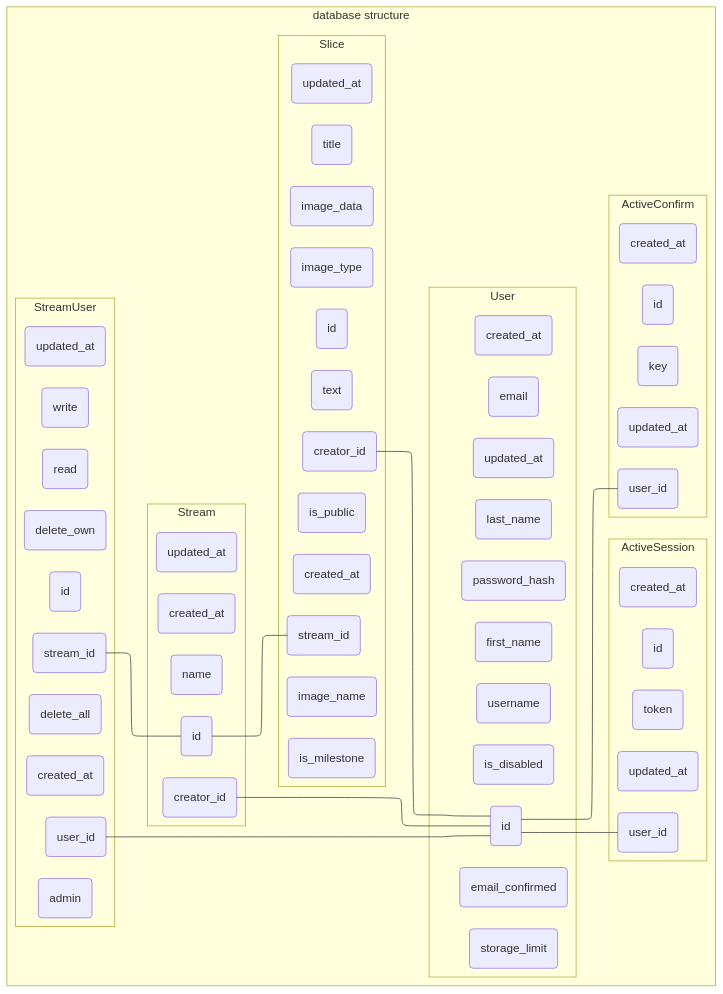
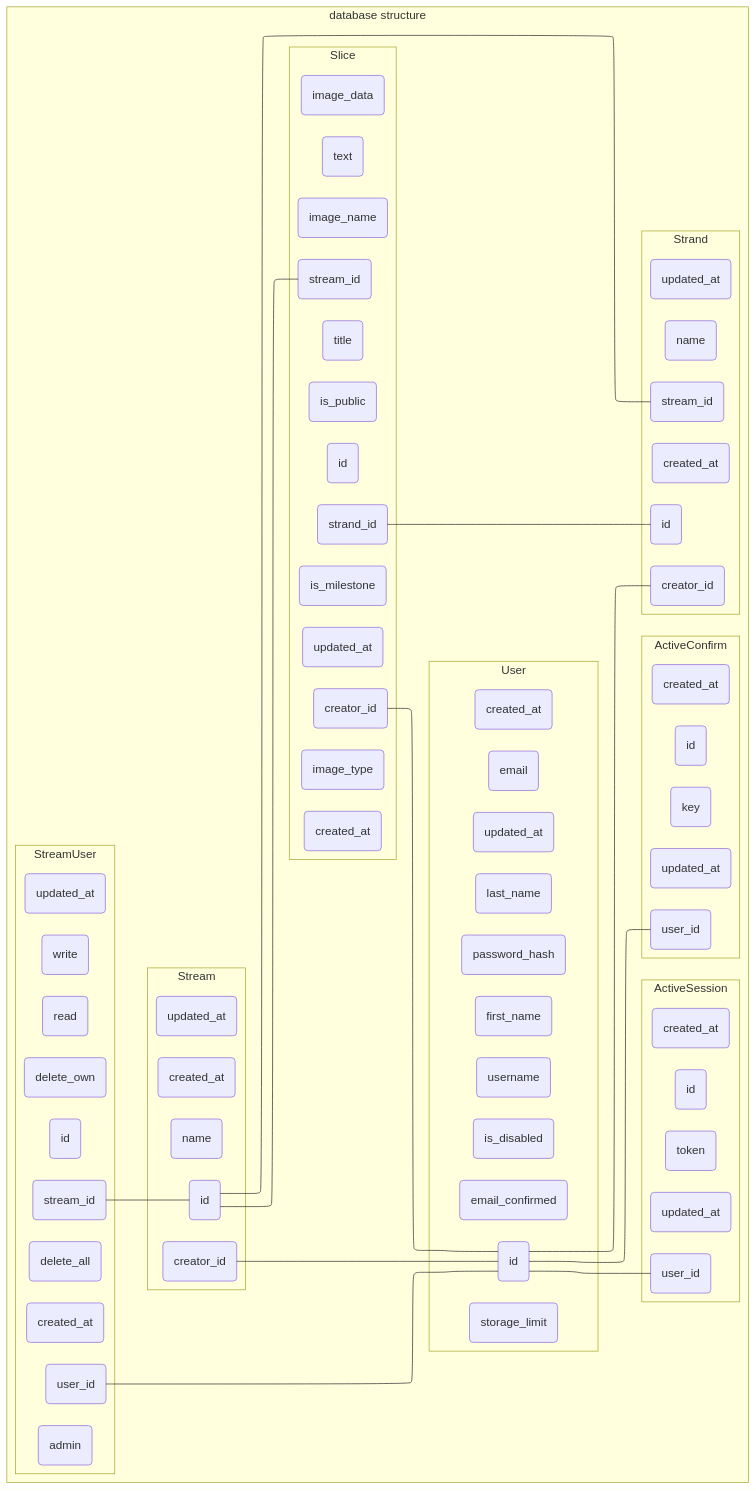
Before and after one commit to adam-herrala-bricker/aika: the diagram in DB_GUIDE.md, drawn with Mermaid.

````diff
--- a/DB_GUIDE.md
+++ b/DB_GUIDE.md
@@ -32,6 +32,14 @@
             S4(created_at)
             S5(updated_at)
         end
+        subgraph Strand
+            ST1(id)
+            ST2(creator_id)
+            ST3(stream_id)
+            ST4(name)
+            ST5(created_at)
+            ST6(updated_at)
+        end
         subgraph StreamUser
             SU1(id)
             SU2(stream_id)
@@ -57,6 +65,7 @@
             SL10(image_data)
             SL11(image_name)
             SL12(image_type)
+            SL13(strand_id)
         end
         subgraph ActiveConfirm
             AC1(id)
@@ -73,4 +82,7 @@
     S1---SL3
     SL2---U1
     U1---AC2
+    U1---ST2
+    S1---ST3
+    SL13---ST1
 ```
````
